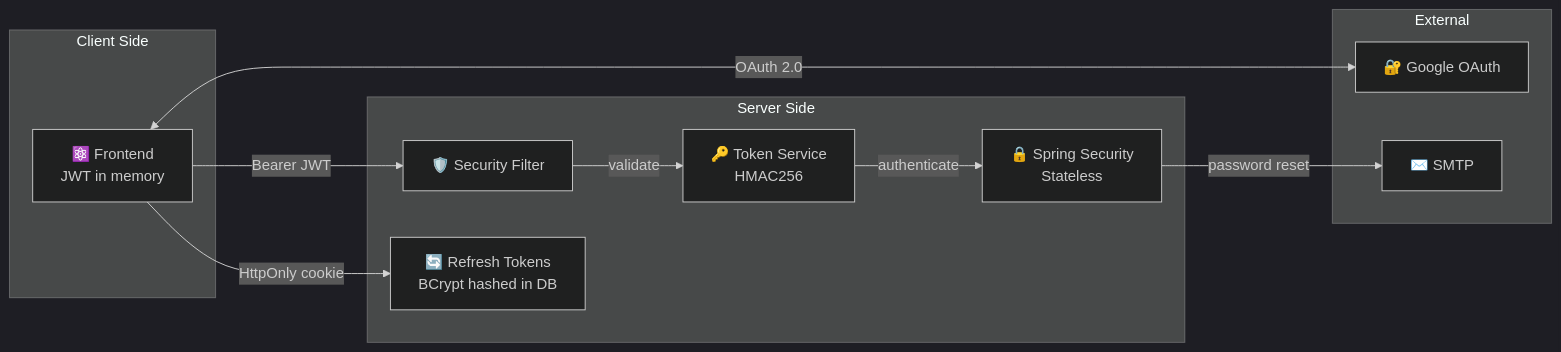
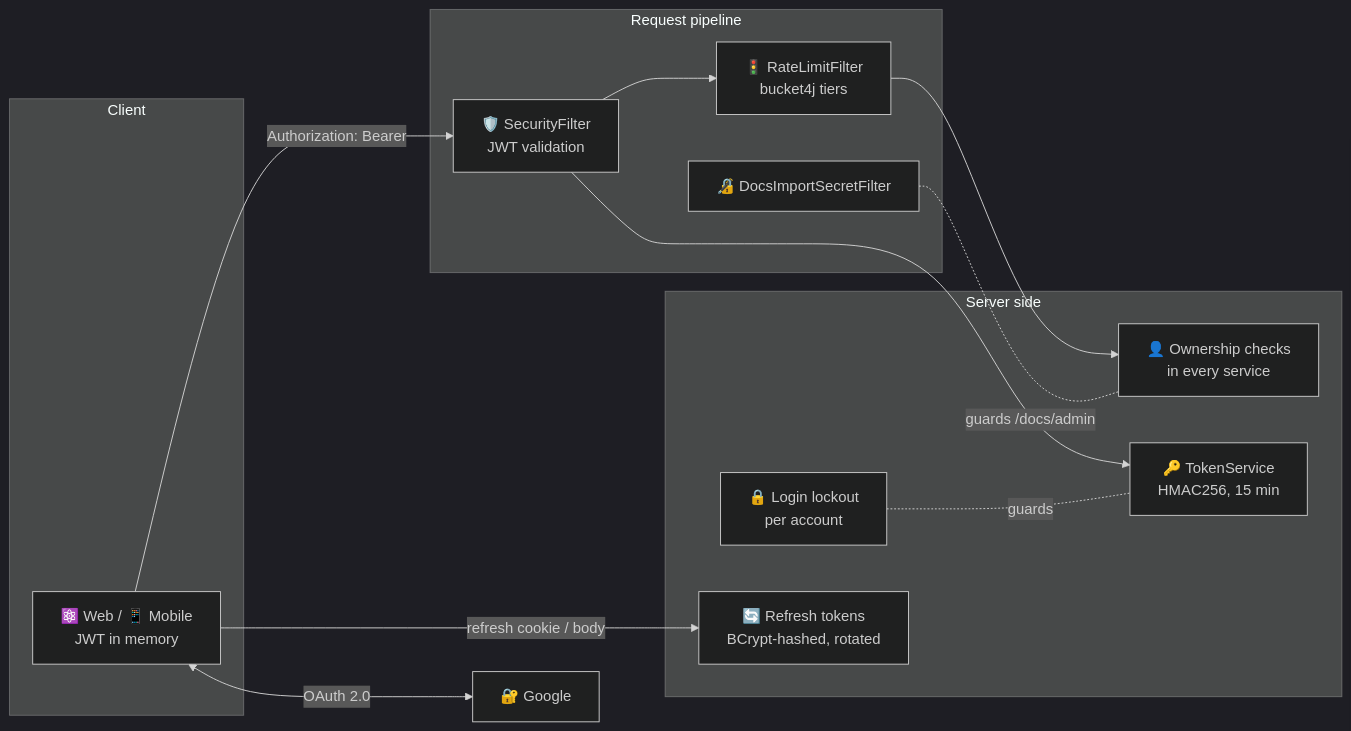
The first of 3 diagrams in architecture/security/en.md (AndDev741/Beyou-arch-design), drawn with Mermaid (dark theme) before and after one commit. The commit also changed other lines of this file and 3 other files, not shown here.

First line of the commit message:
docs(architecture): rewrite the security topic against the real surface

````diff
--- a/architecture/security/en.md
+++ b/architecture/security/en.md
@@ -10,25 +12,27 @@
 ```mermaid
 flowchart LR
-  subgraph "Client Side"
-    FE["⚛️ Frontend<br/>JWT in memory"]
+  subgraph client["Client"]
+    FE["⚛️ Web / 📱 Mobile<br/>JWT in memory"]
   end
 
-  subgraph "Server Side"
-    SF["🛡️ Security Filter"]
-    TS["🔑 Token Service<br/>HMAC256"]
-    SC["🔒 Spring Security<br/>Stateless"]
-    RT["🔄 Refresh Tokens<br/>BCrypt hashed in DB"]
+  subgraph filters["Request pipeline"]
+    RL["🚦 RateLimitFilter<br/>bucket4j tiers"]
+    SF["🛡️ SecurityFilter<br/>JWT validation"]
+    DS["🔏 DocsImportSecretFilter"]
   end
 
-  subgraph "External"
-    GO["🔐 Google OAuth"]
-    ML["✉️ SMTP"]
+  subgraph server["Server side"]
+    LA["🔒 Login lockout<br/>per account"]
+    TS["🔑 TokenService<br/>HMAC256, 15 min"]
+    RT["🔄 Refresh tokens<br/>BCrypt-hashed, rotated"]
+    OWN["👤 Ownership checks<br/>in every service"]
   end
 
-  FE -->|"Bearer JWT"| SF
-  SF -->|validate| TS
-  TS -->|authenticate| SC
-  FE -->|"HttpOnly cookie"| RT
-  FE <-->|OAuth 2.0| GO
-  SC -->|password reset| ML
+  FE -->|"Authorization: Bearer"| SF
+  FE -->|"refresh cookie / body"| RT
+  SF --> RL --> OWN
+  SF --> TS
+  FE <-->|"OAuth 2.0"| GO["🔐 Google"]
+  LA -.-|"guards"| TS
+  DS -.-|"guards /docs/admin"| OWN
 ```
````
